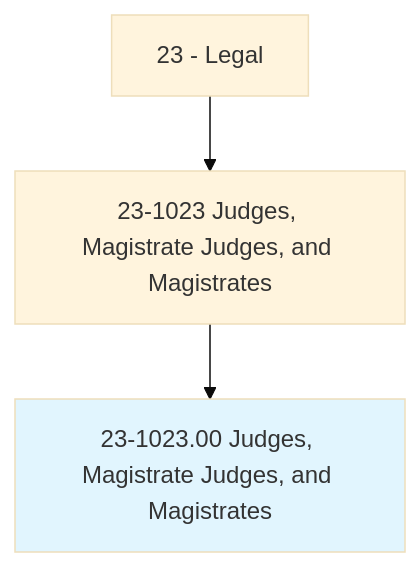
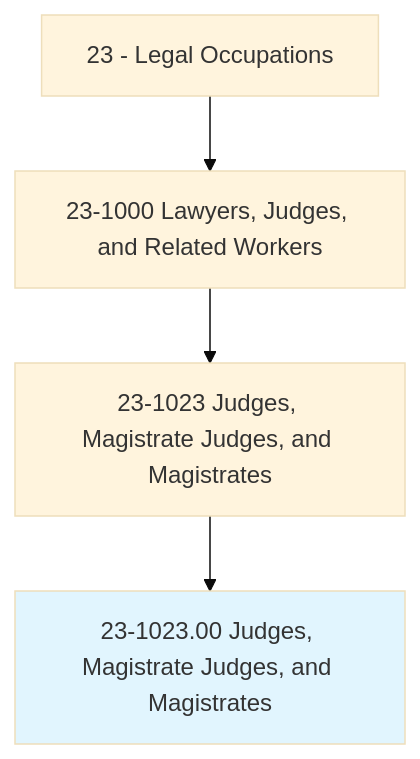
One commit to kziemski/business.org.ai changed the first of 4 diagrams in occupations/Legal/JudgesMagistrateJudgesAndMagistrates.mdx. Above: the diagram before and after it, drawn with Mermaid (base theme). The commit also changed other lines of this file and 938 other files, not shown here.

````diff
--- a/occupations/Legal/JudgesMagistrateJudgesAndMagistrates.mdx
+++ b/occupations/Legal/JudgesMagistrateJudgesAndMagistrates.mdx
@@ -19,6 +23,7 @@
 ```mermaid
 graph TD
-    Cat23["23 - Legal"] --> Group231023["23-1023 Judges, Magistrate Judges, and Magistrates"]
-    Group231023 --> Current["23-1023.00 Judges, Magistrate Judges, and Magistrates"]
+    Cat23["23 - Legal Occupations"] --> Group231["23-1000 Lawyers, Judges, and Related Workers"]
+    Group231 --> Base1023["23-1023 Judges, Magistrate Judges, and Magistrates"]
+    Base1023 --> Current["23-1023.00 Judges, Magistrate Judges, and Magistrates"]
     style Current fill:#e1f5fe
 ```
````
